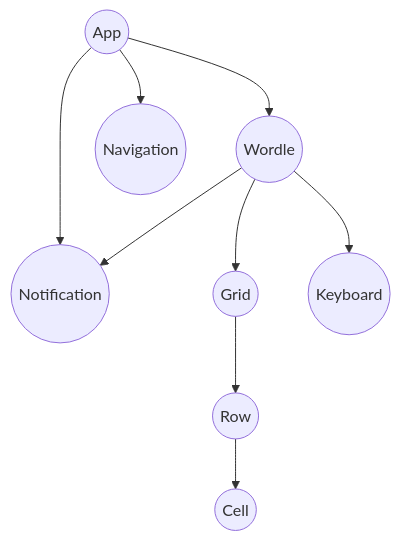
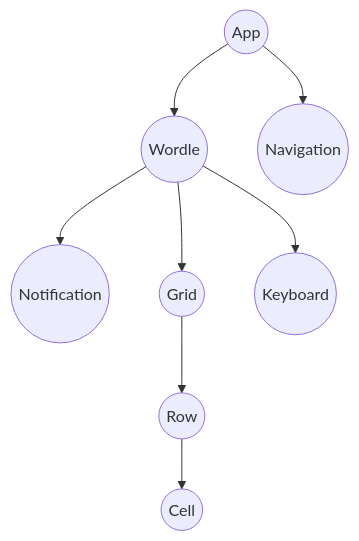
Before and after one commit to ingadi/wordle-clone: the diagram in README.md, drawn with Mermaid.

````diff
--- a/README.md
+++ b/README.md
@@ -28,11 +28,10 @@
 ```mermaid
 graph TB
 A((App))-->B((Wordle))
-A-->C((Notification))
-A-->D((Navigation))
-B-->C((Notification))
-B-->F((Grid))
-B-->G((Keyboard))
-F-->H((Row))
-H-->I((Cell))
+A-->C((Navigation))
+B-->D((Notification))
+B-->E((Grid))
+B-->F((Keyboard))
+E-->G((Row))
+G-->H((Cell))
 ```
````
